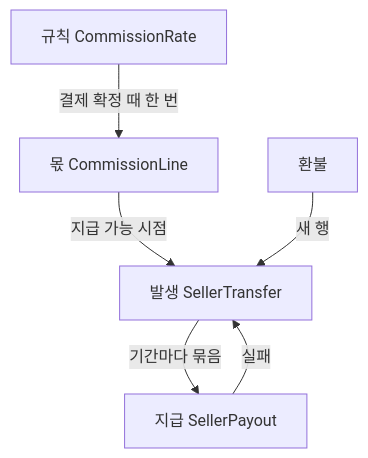
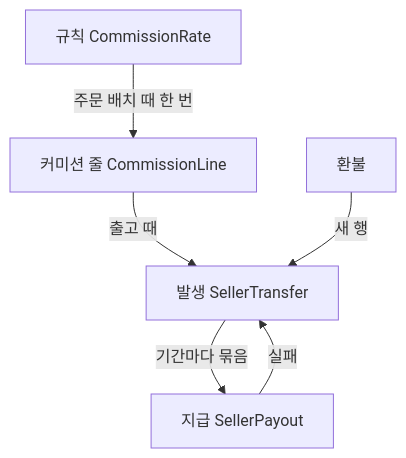
Before and after one commit to genie09/talket-commerce: the first of 2 diagrams in commerce-study/분석/정산/README.md, drawn with Mermaid. The commit also changed other lines of this file and 46 other files, not shown here.

````diff
--- a/commerce-study/분석/정산/README.md
+++ b/commerce-study/분석/정산/README.md
@@ -21,8 +67,8 @@
 ```mermaid
 flowchart TD
-  A[규칙 CommissionRate] -->|결제 확정 때 한 번| B[몫 CommissionLine]
-  B -->|지급 가능 시점| C[발생 SellerTransfer]
+  A[규칙 CommissionRate] -->|주문 배치 때 한 번| B[커미션 줄 CommissionLine]
+  B -->|출고 때| C[발생 SellerTransfer]
   C -->|기간마다 묶음| D[지급 SellerPayout]
   E[환불] -->|새 행| C
   D -->|실패| C
 ```
````
